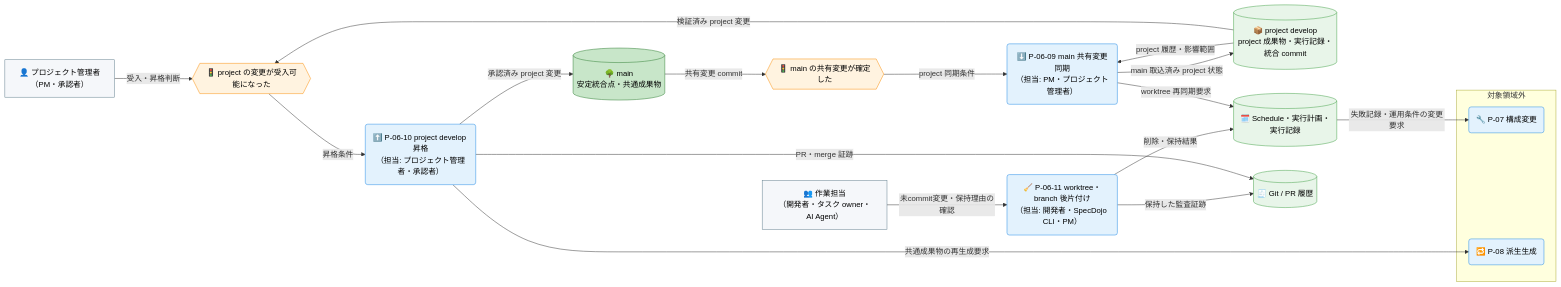
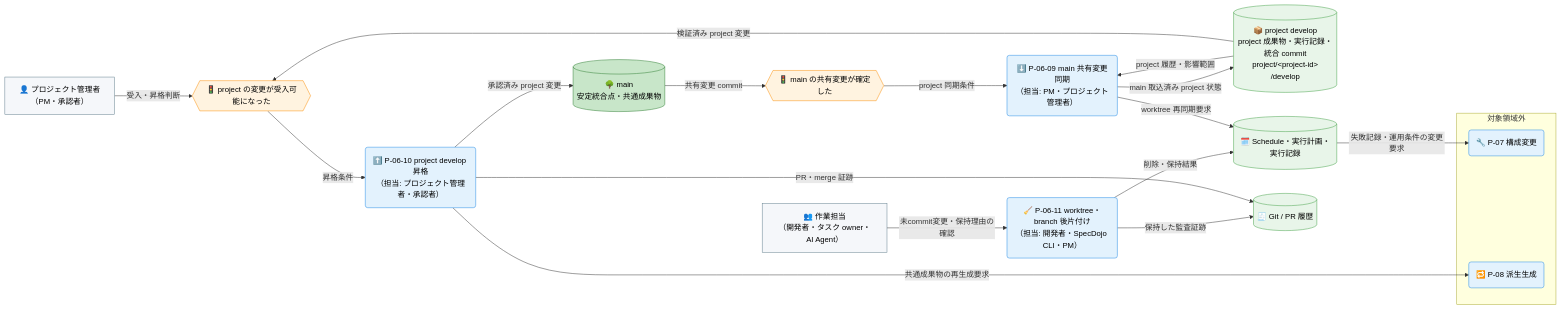
The fourth of 4 diagrams in docs/ja/product/010-business-specs/010-data-flow/cdfd-multi-project.md (specdojo/specdojo), drawn with Mermaid before and after one commit. The commit also changed other lines of this file and 31 other files, not shown here.

First line of the commit message:
exec(T-DATA-FLOW-cdfd-*-140): finalize remaining data-flow CDFDs

````diff
--- a/docs/ja/product/010-business-specs/010-data-flow/cdfd-multi-project.md
+++ b/docs/ja/product/010-business-specs/010-data-flow/cdfd-multi-project.md
@@ -228,52 +228,52 @@
 ```mermaid
 flowchart LR
   classDef process fill:#e3f2fd,stroke:#1e88e5,color:#000
   classDef event fill:#fff3e0,stroke:#fb8c00,color:#000
   classDef storeMaster fill:#c8e6c9,stroke:#2e7d32,color:#000
   classDef storeTransaction fill:#e8f5e9,stroke:#43a047,color:#000
   classDef actor fill:#f5f7fa,stroke:#607d8b,color:#000
 
   プロジェクト管理者["👤 プロジェクト管理者<br>（PM・承認者）"]
   作業担当["👥 作業担当<br>（開発者・タスク owner・AI Agent）"]
 
   main更新{{"🚦 main の共有変更が確定した"}}
   project受入{{"🚦 project の変更が受入可能になった"}}
 
   main共有変更同期("⬇️ P-06-09 main 共有変更同期<br>（担当: PM・プロジェクト管理者）")
   projectDevelop昇格("⬆️ P-06-10 project develop 昇格<br>（担当: プロジェクト管理者・承認者）")
   worktreeBranch後片付け("🧹 P-06-11 worktree・branch 後片付け<br>（担当: 開発者・SpecDojo CLI・PM）")
 
   main[("🌳 main<br>安定統合点・共通成果物")]
-  projectDevelop[("📦 project develop<br>project 成果物・実行記録・統合 commit")]
+  projectDevelop[("📦 project develop<br>project 成果物・実行記録・統合 commit<br>project/&lt;project-id&gt;<br>/develop")]
   実行計画記録[("🗓️ Schedule・実行計画・実行記録")]
   GitPR履歴[("🧾 Git / PR 履歴")]
 
   subgraph 領域外統合後片付け["対象領域外"]
     構成変更("🔧 P-07 構成変更")
     派生生成("🔁 P-08 派生生成")
   end
 
   作業担当 -->|"未commit変更・保持理由の確認"| worktreeBranch後片付け
   worktreeBranch後片付け -->|"削除・保持結果"| 実行計画記録
   worktreeBranch後片付け -->|"保持した監査証跡"| GitPR履歴
 
   main -->|"共有変更 commit"| main更新
   main更新 -->|"project 同期条件"| main共有変更同期
   projectDevelop -->|"project 履歴・影響範囲"| main共有変更同期
   main共有変更同期 -->|"main 取込済み project 状態"| projectDevelop
   main共有変更同期 -->|"worktree 再同期要求"| 実行計画記録
 
   プロジェクト管理者 -->|"受入・昇格判断"| project受入
   projectDevelop -->|"検証済み project 変更"| project受入
   project受入 -->|"昇格条件"| projectDevelop昇格
   projectDevelop昇格 -->|"承認済み project 変更"| main
   projectDevelop昇格 -->|"PR・merge 証跡"| GitPR履歴
   projectDevelop昇格 -->|"共通成果物の再生成要求"| 派生生成
   実行計画記録 -->|"失敗記録・運用条件の変更要求"| 構成変更
 
   class main共有変更同期,projectDevelop昇格,worktreeBranch後片付け,構成変更,派生生成 process
   class main更新,project受入 event
   class main storeMaster
   class projectDevelop,実行計画記録,GitPR履歴 storeTransaction
   class プロジェクト管理者,作業担当 actor
 ```
````
